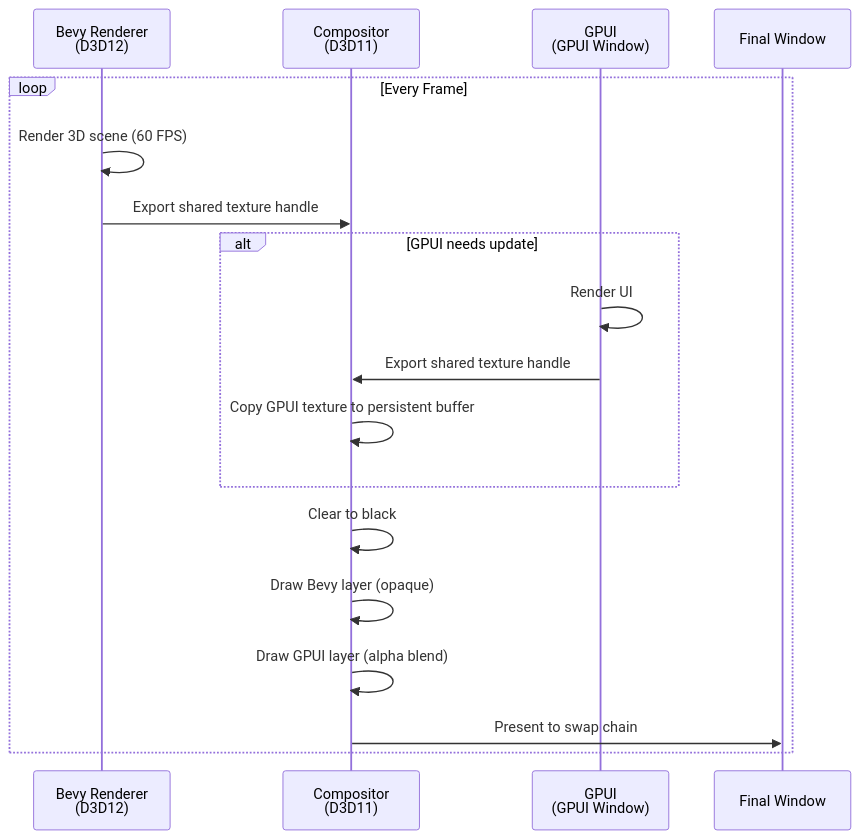
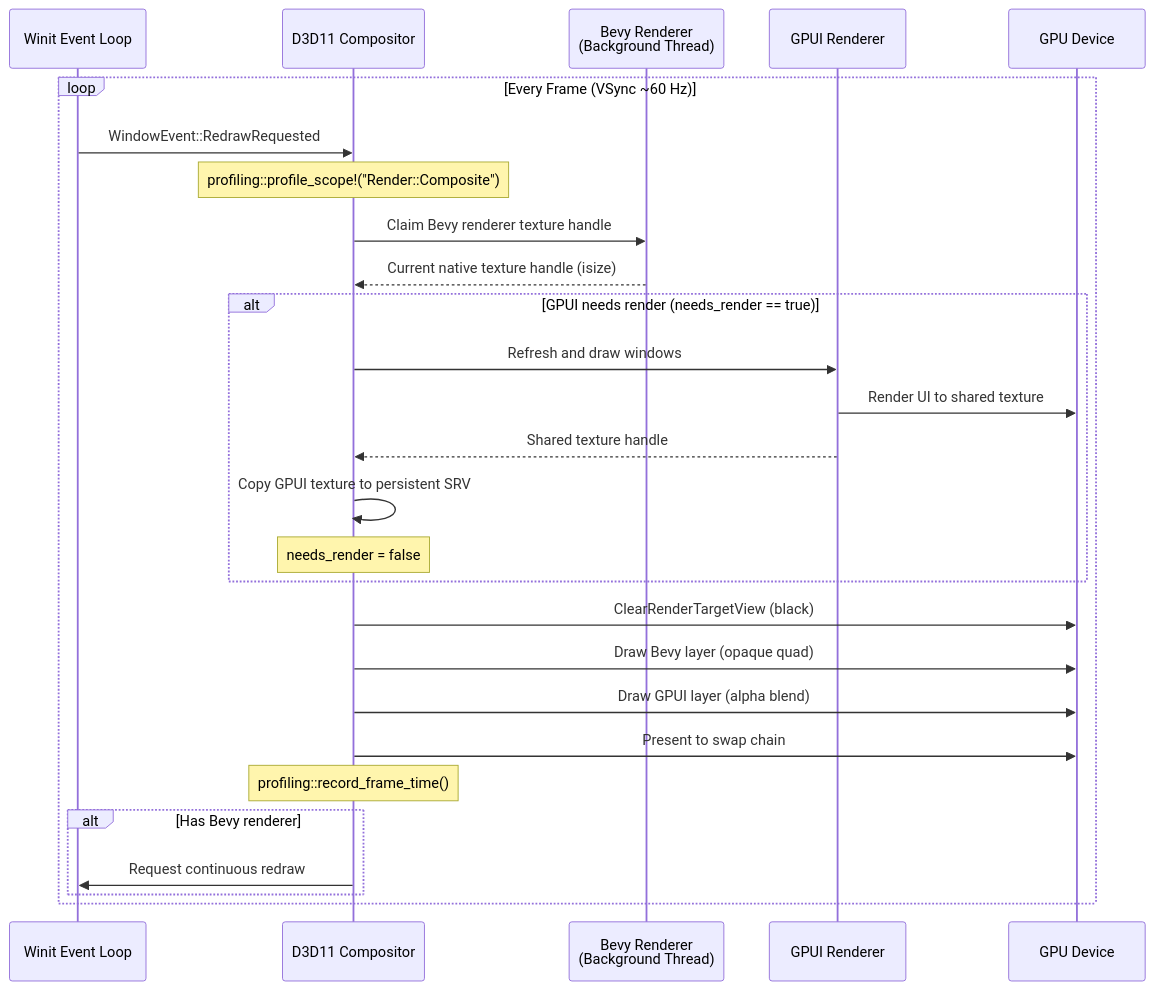
One commit to Far-Beyond-Pulsar/docs changed the third of 3 diagrams in public/docs/core-concepts/rendering-pipeline.md. Above: the diagram before and after it, drawn with Mermaid. The commit also changed other lines of this file and 2 other files, not shown here.

````diff
--- a/public/docs/core-concepts/rendering-pipeline.md
+++ b/public/docs/core-concepts/rendering-pipeline.md
@@ -312,23 +162,36 @@
 ```mermaid
 sequenceDiagram
-    participant Bevy as Bevy Renderer<br/>(D3D12)
-    participant Comp as Compositor<br/>(D3D11)
-    participant GPUI as GPUI<br/>(GPUI Window)
-    participant Window as Final Window
+    participant Winit as Winit Event Loop
+    participant Comp as D3D11 Compositor
+    participant Bevy as Bevy Renderer<br/>(Background Thread)
+    participant GPUI as GPUI Renderer
+    participant GPU as GPU Device
 
-    loop Every Frame
-        Bevy->>Bevy: Render 3D scene (60 FPS)
-        Bevy->>Comp: Export shared texture handle
+    loop Every Frame (VSync ~60 Hz)
+        Winit->>Comp: WindowEvent::RedrawRequested
 
-        alt GPUI needs update
-            GPUI->>GPUI: Render UI
-            GPUI->>Comp: Export shared texture handle
-            Comp->>Comp: Copy GPUI texture to persistent buffer
+        Note over Comp: profiling::profile_scope!("Render::Composite")
+
+        Comp->>Bevy: Claim Bevy renderer texture handle
+        Bevy-->>Comp: Current native texture handle (isize)
+
+        alt GPUI needs render (needs_render == true)
+            Comp->>GPUI: Refresh and draw windows
+            GPUI->>GPU: Render UI to shared texture
+            GPUI-->>Comp: Shared texture handle
+            Comp->>Comp: Copy GPUI texture to persistent SRV
+            Note over Comp: needs_render = false
         end
 
-        Comp->>Comp: Clear to black
-        Comp->>Comp: Draw Bevy layer (opaque)
-        Comp->>Comp: Draw GPUI layer (alpha blend)
-        Comp->>Window: Present to swap chain
+        Comp->>GPU: ClearRenderTargetView (black)
+        Comp->>GPU: Draw Bevy layer (opaque quad)
+        Comp->>GPU: Draw GPUI layer (alpha blend)
+        Comp->>GPU: Present to swap chain
+
+        Note over Comp: profiling::record_frame_time()
+
+        alt Has Bevy renderer
+            Comp->>Winit: Request continuous redraw
+        end
     end
 ```
````
